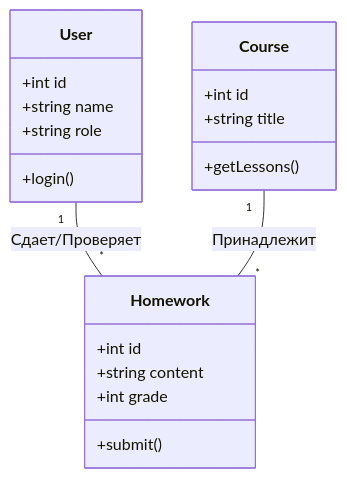
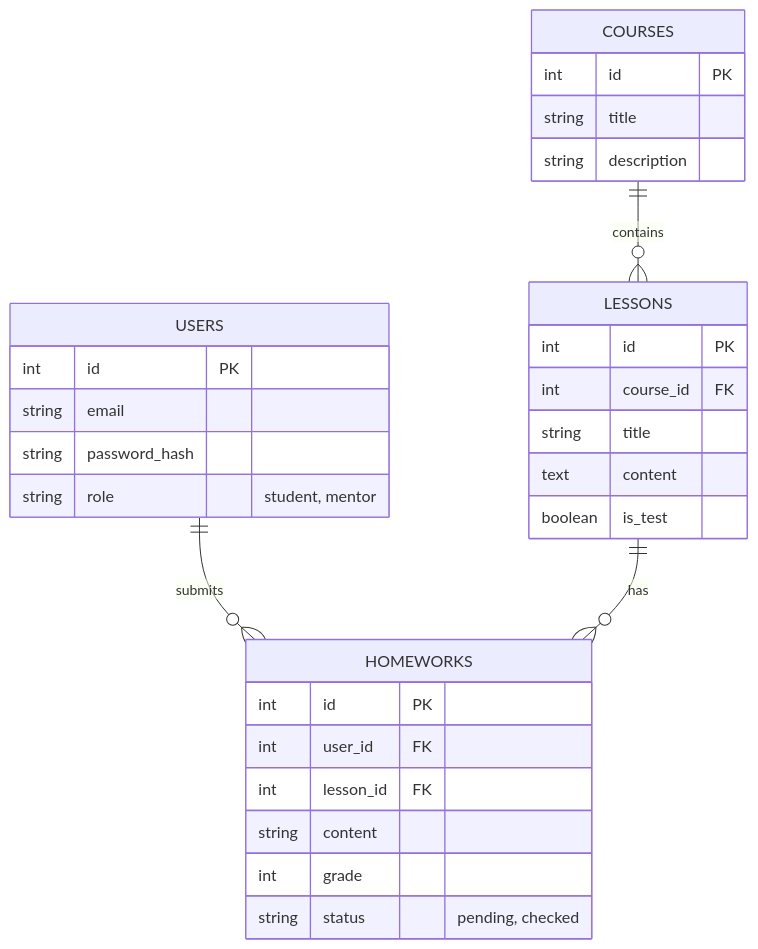
One commit to RReval102/it-mentor-platform changed the fourth of 4 diagrams in report.md. Above: the diagram before and after it, drawn with Mermaid. The commit also changed other lines of this file and 109 other files, not shown here.

````diff
--- a/report.md
+++ b/report.md
@@ -84,22 +89,33 @@
 ```mermaid
-classDiagram
-    class User {
-        +int id
-        +string name
-        +string role
-        +login()
+erDiagram
+    USERS {
+        int id PK
+        string email
+        string password_hash
+        string role "student, mentor"
     }
-    class Course {
-        +int id
-        +string title
-        +getLessons()
+    COURSES {
+        int id PK
+        string title
+        string description
     }
-    class Homework {
-        +int id
-        +string content
-        +int grade
-        +submit()
+    LESSONS {
+        int id PK
+        int course_id FK
+        string title
+        text content
+        boolean is_test
     }
-    User "1" -- "*" Homework : Сдает/Проверяет
-    Course "1" -- "*" Homework : Принадлежит
+    HOMEWORKS {
+        int id PK
+        int user_id FK
+        int lesson_id FK
+        string content
+        int grade
+        string status "pending, checked"
+    }
+
+    USERS ||--o{ HOMEWORKS : submits
+    COURSES ||--o{ LESSONS : contains
+    LESSONS ||--o{ HOMEWORKS : has
 ```
````
